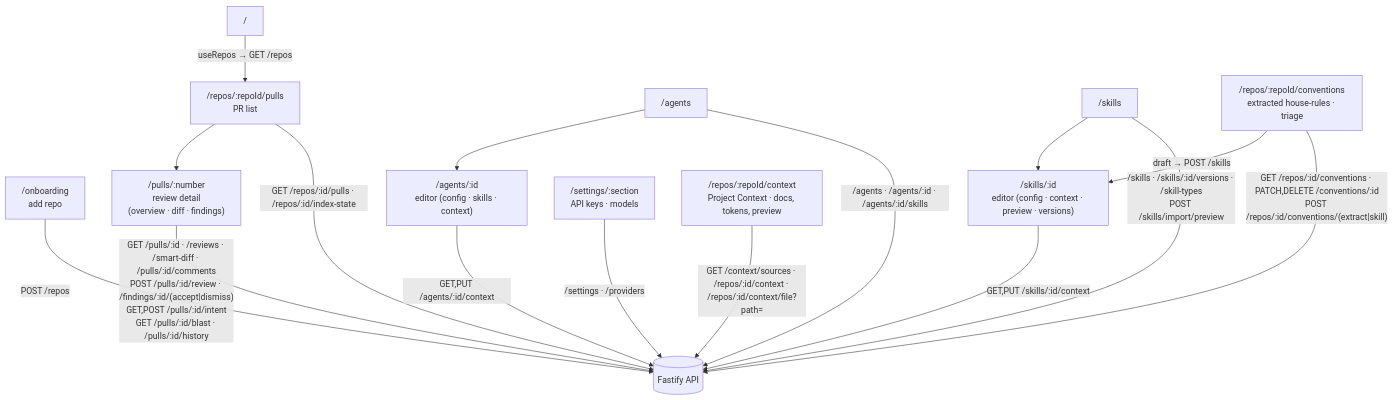
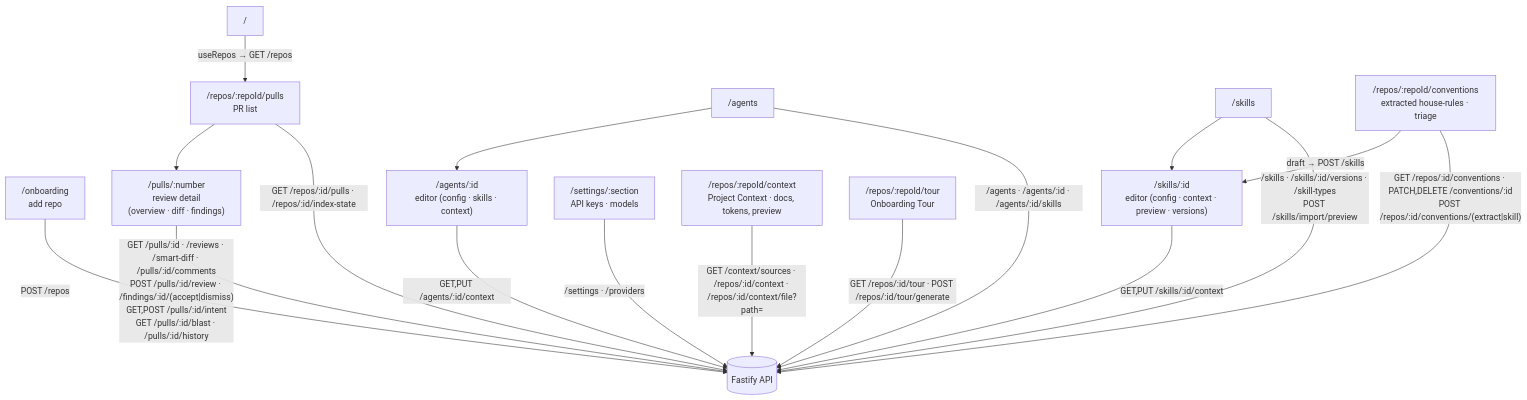
The diagram in client/README.md (kosyakovr/dev-digest), drawn with Mermaid before and after one commit. The commit also changed 75 other files, not shown here.

First line of the commit message:
feat(onboarding): five-section Onboarding Tour per repository (L05)

````diff
--- a/client/README.md
+++ b/client/README.md
@@ -24,22 +24,24 @@
 ```mermaid
 flowchart TD
   ROOT["/"] -->|"useRepos → GET /repos"| PULLS["/repos/:repoId/pulls<br/>PR list"]
   ONB["/onboarding<br/>add repo"] -->|"POST /repos"| API[("Fastify API")]
   PULLS --> PR["/pulls/:number<br/>review detail<br/>(overview · diff · findings)"]
 
   AGENTS["/agents"] --> AGENT["/agents/:id<br/>editor (config · skills · context)"]
   SKILLS["/skills"] --> SKILL["/skills/:id<br/>editor (config · context · preview · versions)"]
   CONV["/repos/:repoId/conventions<br/>extracted house-rules · triage"] -->|"draft → POST /skills"| SKILL
   SETTINGS["/settings/:section<br/>API keys · models"]
   CTX["/repos/:repoId/context<br/>Project Context · docs, tokens, preview"]
+  TOUR["/repos/:repoId/tour<br/>Onboarding Tour"]
 
   PULLS -->|"GET /repos/:id/pulls · /repos/:id/index-state"| API
   PR -->|"GET /pulls/:id · /reviews · /smart-diff · /pulls/:id/comments<br/>POST /pulls/:id/review · /findings/:id/(accept|dismiss)<br/>GET,POST /pulls/:id/intent<br/>GET /pulls/:id/blast · /pulls/:id/history"| API
   AGENTS -->|"/agents · /agents/:id · /agents/:id/skills"| API
   SKILLS -->|"/skills · /skills/:id/versions · /skill-types<br/>POST /skills/import/preview"| API
   CONV -->|"GET /repos/:id/conventions · PATCH,DELETE /conventions/:id<br/>POST /repos/:id/conventions/(extract|skill)"| API
   CTX -->|"GET /context/sources · /repos/:id/context · /repos/:id/context/file?path="| API
+  TOUR -->|"GET /repos/:id/tour · POST /repos/:id/tour/generate"| API
   AGENT -->|"GET,PUT /agents/:id/context"| API
   SKILL -->|"GET,PUT /skills/:id/context"| API
   SETTINGS -->|"/settings · /providers"| API
 ```
````
